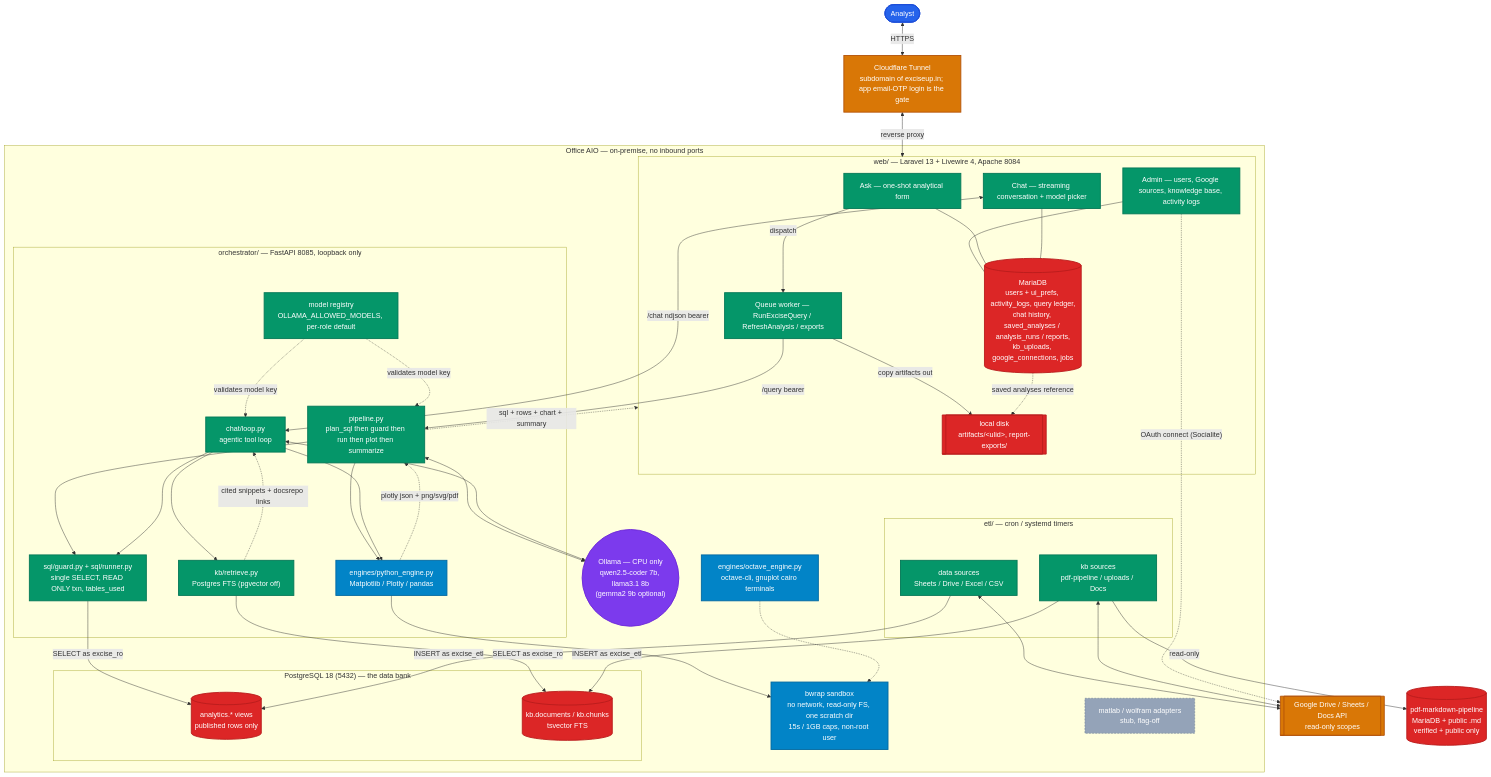
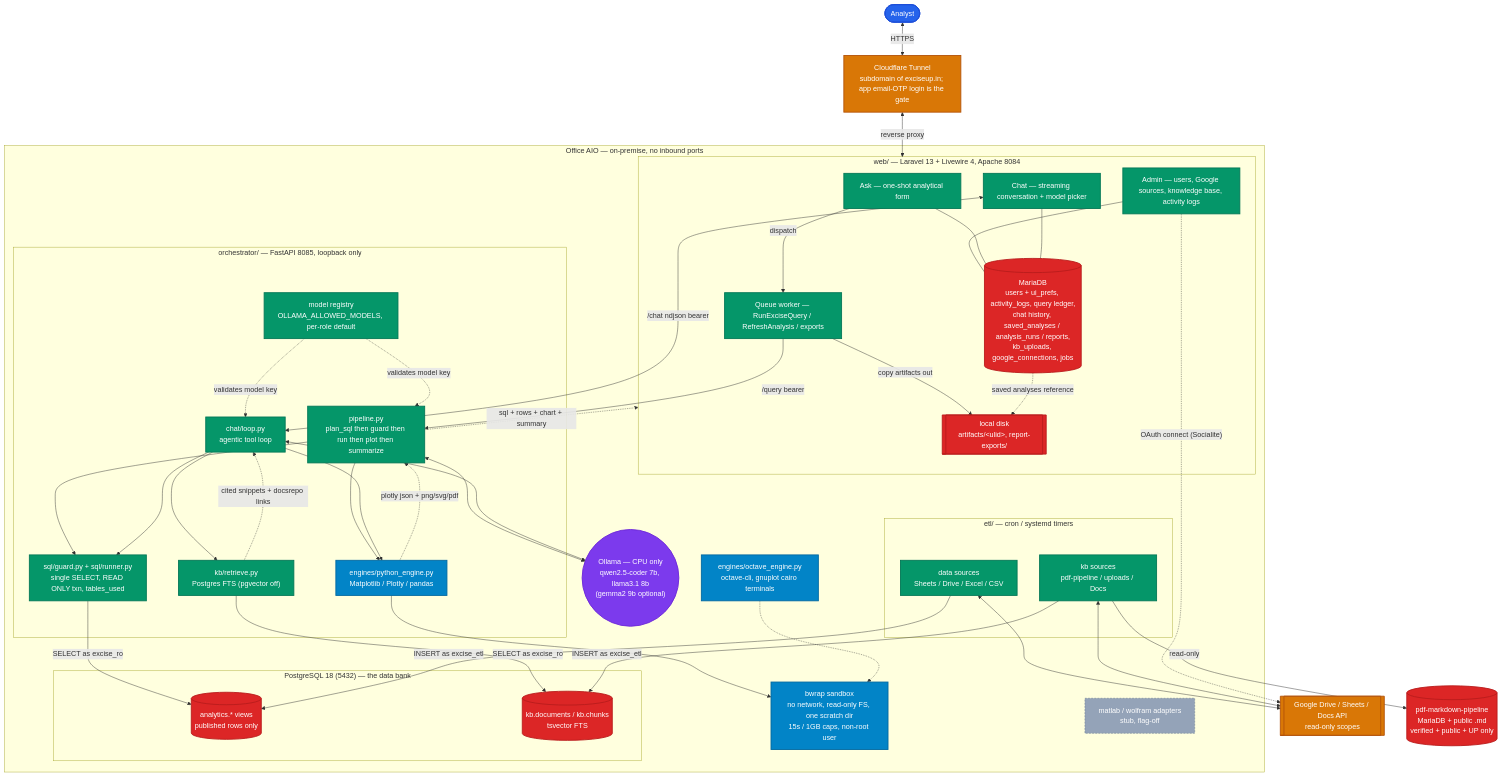
Before and after one commit to SubhanRaj/excise-mcp-dashboard: the second of 7 diagrams in ARCHITECTURE.md, drawn with Mermaid. The commit also changed other lines of this file and 2 other files, not shown here.

Commit message:
Update mermaid diagrams and security doc for the UP-only KB scope
ARCHITECTURE.md and DATA_PIPELINE.md's pdf-markdown-pipeline nodes still
read "public + verified only" after the sync gained a state filter;
SECURITY.md's matching prose paragraph was the same. All three now state
the rule_sets.state condition. DATA_PIPELINE.md's kb.documents node also
gained effective_from, populated since the last commit.

```diff
--- a/ARCHITECTURE.md
+++ b/ARCHITECTURE.md
@@ -323,7 +323,7 @@
     end
 
     GAPI[["Google Drive / Sheets / Docs API<br/>read-only scopes"]]:::edge
-    PDFP[("pdf-markdown-pipeline<br/>MariaDB + public .md<br/>verified + public only")]:::db
+    PDFP[("pdf-markdown-pipeline<br/>MariaDB + public .md<br/>verified + public + UP only")]:::db
 
     User <-->|HTTPS| CF
     CF <-->|reverse proxy| WebTier
```
